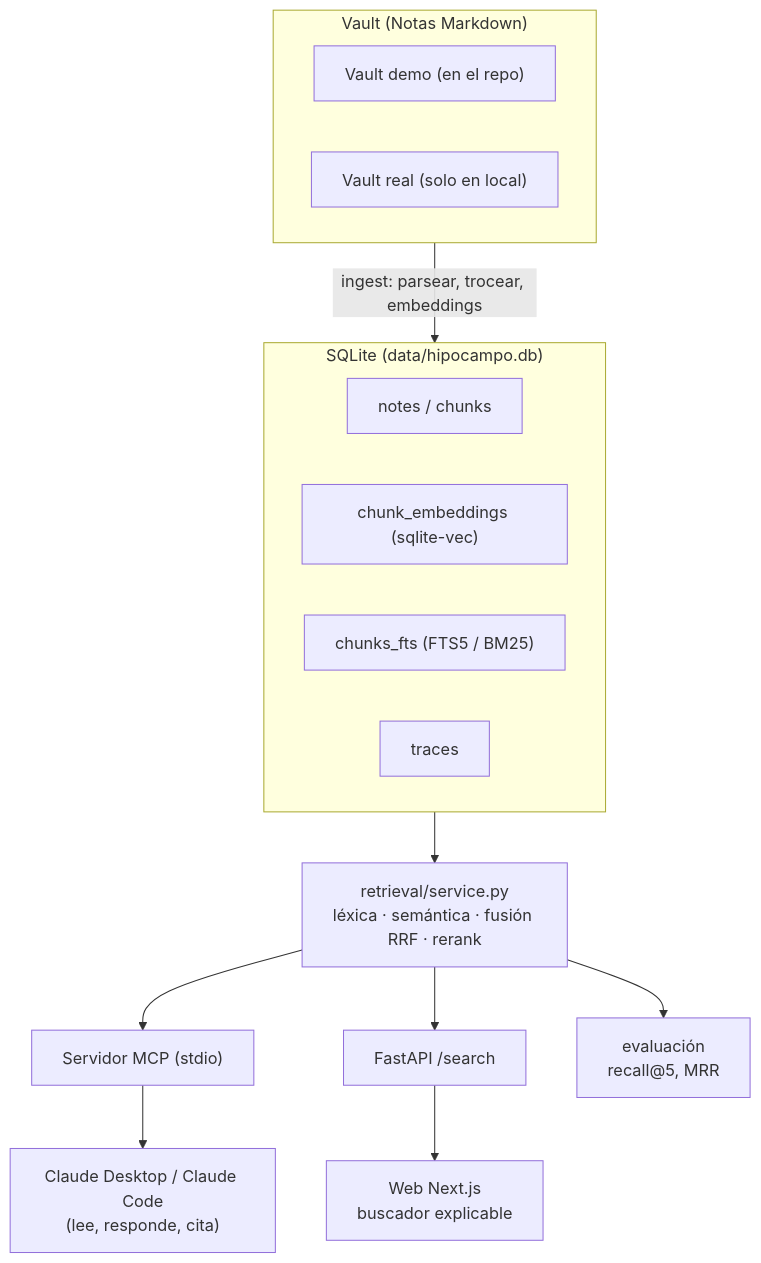
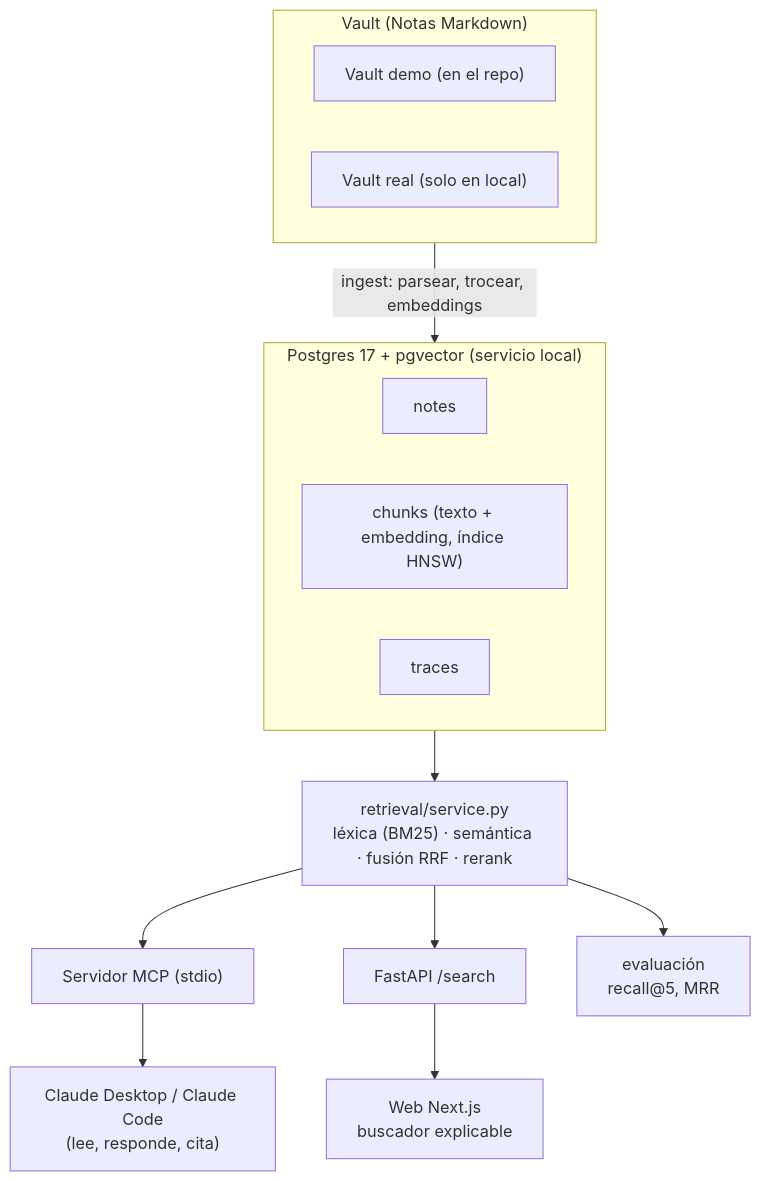
Before and after one commit to alejanfh/hipocampo: the third of 3 diagrams in README.md, drawn with Mermaid. The commit also changed other lines of this file and 4 other files, not shown here.

First line of the commit message:
Update README, SPEC, PLAN, CLAUDE.md and phase 0 notes for Postgres + pgvector

````diff
--- a/README.md
+++ b/README.md
@@ -264,25 +281,24 @@
 ```mermaid
 flowchart TB
     subgraph Vault["Vault (Notas Markdown)"]
         demo["Vault demo (en el repo)"]
         real["Vault real (solo en local)"]
     end
 
     Vault -->|"ingest: parsear, trocear, embeddings"| DB
 
-    subgraph DB["SQLite (data/hipocampo.db)"]
-        notes["notes / chunks"]
-        vec["chunk_embeddings (sqlite-vec)"]
-        fts["chunks_fts (FTS5 / BM25)"]
+    subgraph DB["Postgres 17 + pgvector (servicio local)"]
+        notes["notes"]
+        chunks["chunks (texto + embedding, índice HNSW)"]
         traces["traces"]
     end
 
-    DB --> Service["retrieval/service.py<br/>léxica · semántica · fusión RRF · rerank"]
+    DB --> Service["retrieval/service.py<br/>léxica (BM25) · semántica · fusión RRF · rerank"]
 
     Service --> MCP["Servidor MCP (stdio)"]
     Service --> API["FastAPI /search"]
     Service --> Eval["evaluación<br/>recall@5, MRR"]
 
     MCP --> Claude["Claude Desktop / Claude Code<br/>(lee, responde, cita)"]
     API --> Web["Web Next.js<br/>buscador explicable"]
 ```
````
